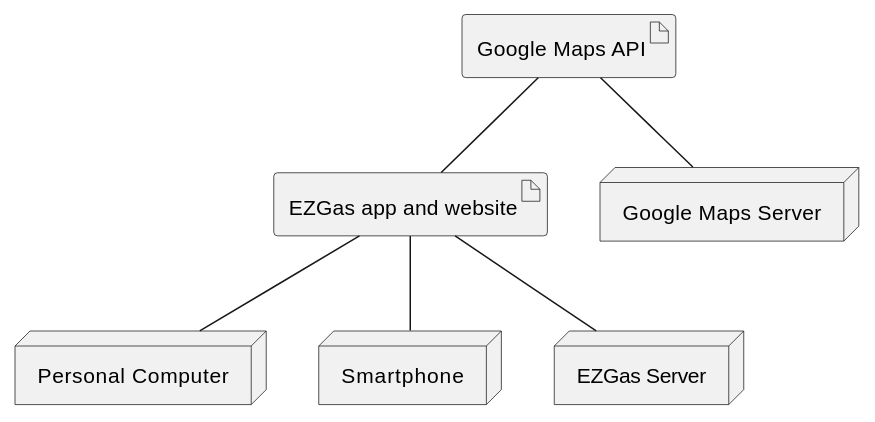
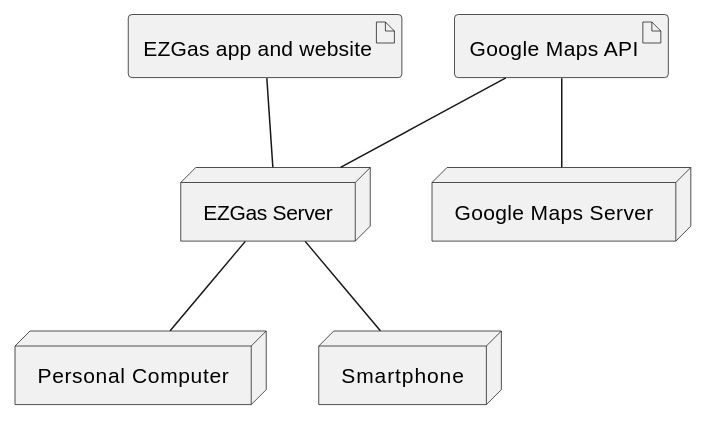
One commit to SoftengPoliTo/Lab2 changed the fifth of 5 diagrams in REQ_s270436.md. Above: the diagram before and after it, drawn with PlantUML.

Commit message:
small changes

````diff
--- a/REQ_s270436.md
+++ b/REQ_s270436.md
@@ -372,13 +372,13 @@
 ```plantuml
 artifact "EZGas app and website" as a
 artifact "Google Maps API" as gm
 node "Personal Computer" as n
 node "Smartphone" as m
 node "EZGas Server" as s
 node "Google Maps Server" as gms
-a -- n
-a -- m
+s -- n
+s -- m
 a -- s
-gm -- a
+gm -- s
 gm -- gms
 ```
````
